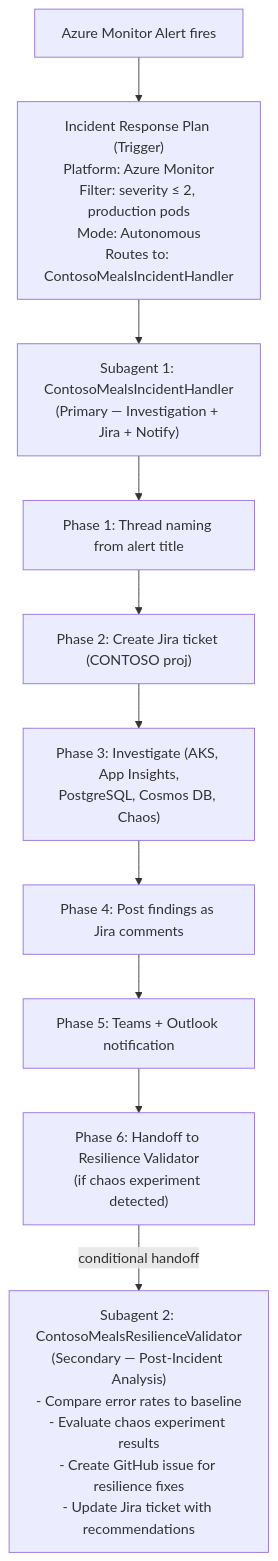
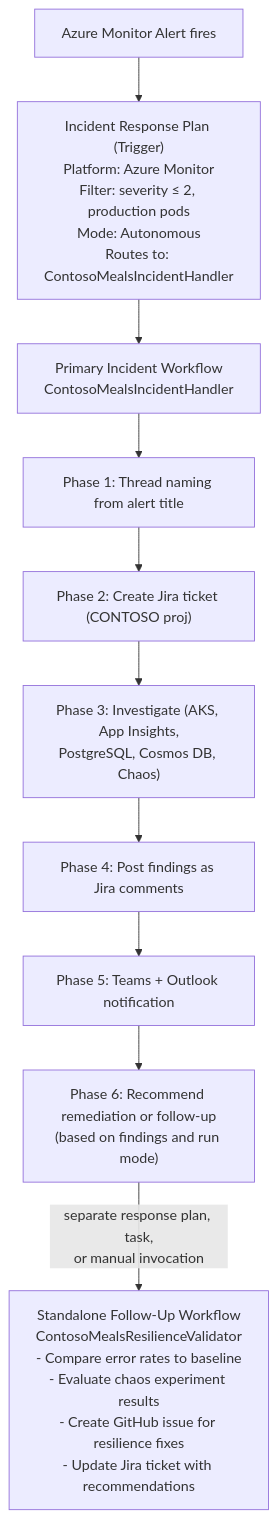
The first of 3 diagrams in docs/incident-response-plan-research.md (san360/azure-sre), drawn with Mermaid before and after one commit. The commit also changed other lines of this file and 12 other files, not shown here.

First line of the commit message:
Refactor auto-remediation proposal and incident response architecture

````diff
--- a/docs/incident-response-plan-research.md
+++ b/docs/incident-response-plan-research.md
@@ -60,22 +60,22 @@
 ```mermaid
 graph TD
     ALERT["Azure Monitor Alert fires"] --> TRIGGER
 
     TRIGGER["Incident Response Plan (Trigger)<br/>Platform: Azure Monitor<br/>Filter: severity ≤ 2, production pods<br/>Mode: Autonomous<br/>Routes to: ContosoMealsIncidentHandler"]
     
     TRIGGER --> S1
 
-    S1["Subagent 1: ContosoMealsIncidentHandler<br/>(Primary — Investigation + Jira + Notify)"]
+    S1["Primary Incident Workflow<br/>ContosoMealsIncidentHandler"]
     S1P1["Phase 1: Thread naming from alert title"]
     S1P2["Phase 2: Create Jira ticket (CONTOSO proj)"]
     S1P3["Phase 3: Investigate (AKS, App Insights,<br/>PostgreSQL, Cosmos DB, Chaos)"]
     S1P4["Phase 4: Post findings as Jira comments"]
     S1P5["Phase 5: Teams + Outlook notification"]
-    S1P6["Phase 6: Handoff to Resilience Validator<br/>(if chaos experiment detected)"]
+    S1P6["Phase 6: Recommend remediation or follow-up<br/>(based on findings and run mode)"]
     
     S1 --> S1P1 --> S1P2 --> S1P3 --> S1P4 --> S1P5 --> S1P6
 
-    S1P6 -->|"conditional handoff"| S2
+    S1P6 -->|"separate response plan, task,<br/>or manual invocation"| S2
 
-    S2["Subagent 2: ContosoMealsResilienceValidator<br/>(Secondary — Post-Incident Analysis)<br/>- Compare error rates to baseline<br/>- Evaluate chaos experiment results<br/>- Create GitHub issue for resilience fixes<br/>- Update Jira ticket with recommendations"]
+    S2["Standalone Follow-Up Workflow<br/>ContosoMealsResilienceValidator<br/>- Compare error rates to baseline<br/>- Evaluate chaos experiment results<br/>- Create GitHub issue for resilience fixes<br/>- Update Jira ticket with recommendations"]
 ```
````
